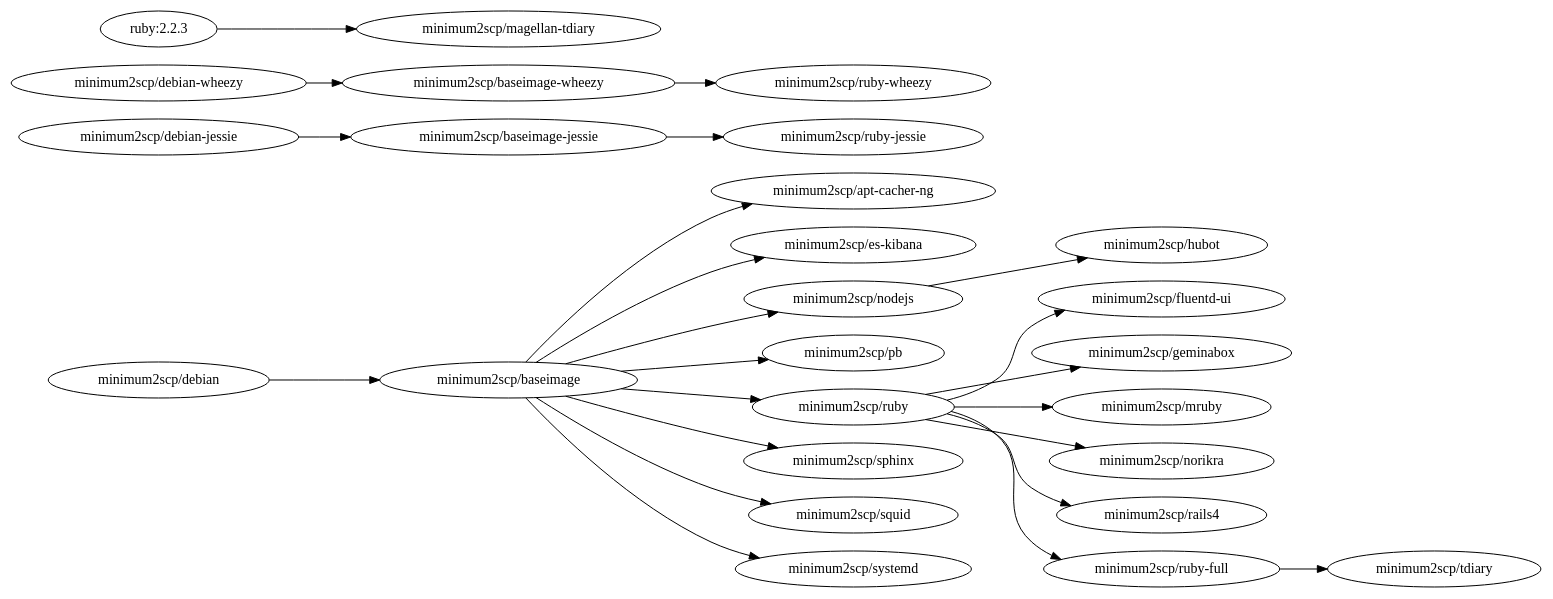
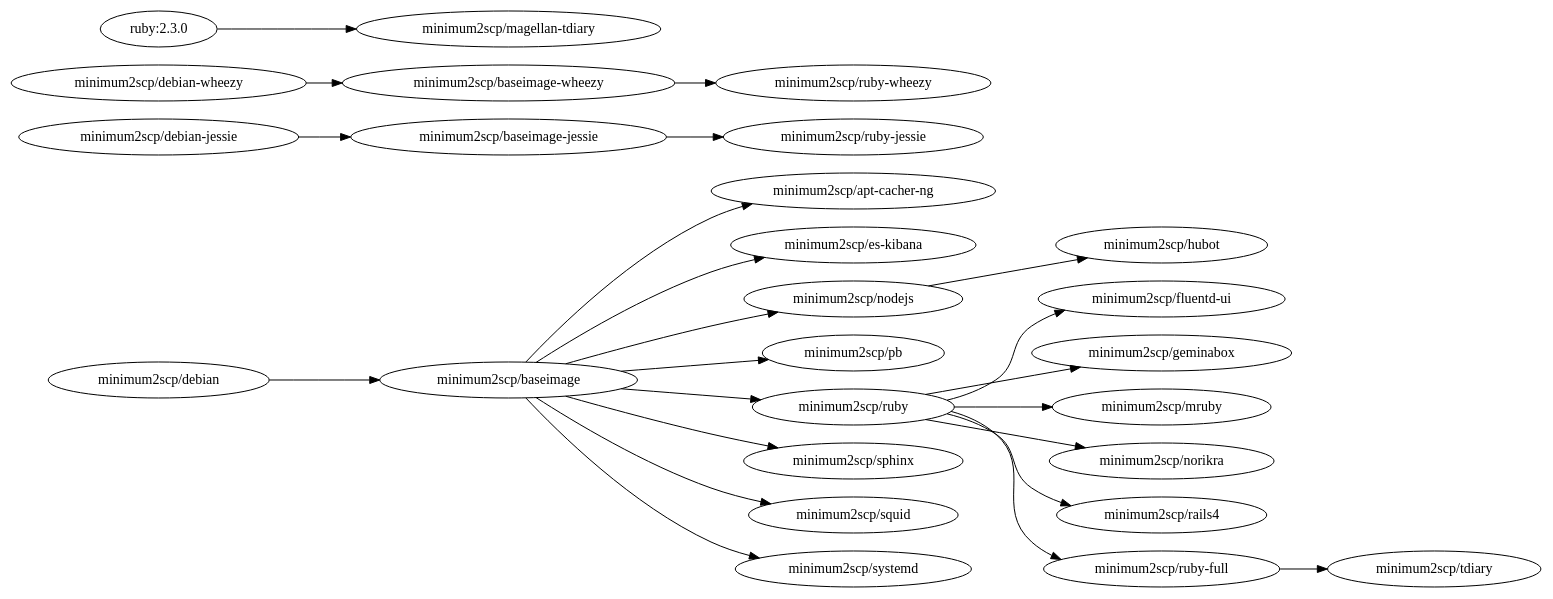
Before and after one commit to minimum2scp/dockerfiles: the diagram in deps.dot, drawn with Graphviz.

```diff
--- a/deps.dot
+++ b/deps.dot
@@ -1,47 +1,47 @@
 digraph deps {
   graph        [rankdir = "LR"];
   ratio = auto;
 
 
   acng              [label = "minimum2scp/apt-cacher-ng"];
   baseimage         [label = "minimum2scp/baseimage"];
   baseimage_jessie  [label = "minimum2scp/baseimage-jessie"];
   baseimage_wheezy  [label = "minimum2scp/baseimage-wheezy"];
   debian            [label = "minimum2scp/debian"];
   debian_jessie     [label = "minimum2scp/debian-jessie"];
   debian_wheezy     [label = "minimum2scp/debian-wheezy"];
   es_kibana         [label = "minimum2scp/es-kibana"];
   fluentd_ui        [label = "minimum2scp/fluentd-ui"];
   geminabox         [label = "minimum2scp/geminabox"];
   hubot             [label = "minimum2scp/hubot"];
   mruby             [label = "minimum2scp/mruby"];
   nodejs            [label = "minimum2scp/nodejs"];
   norikra           [label = "minimum2scp/norikra"];
   pb                [label = "minimum2scp/pb"];
   rails4            [label = "minimum2scp/rails4"];
   ruby              [label = "minimum2scp/ruby"];
   ruby_full         [label = "minimum2scp/ruby-full"];
   ruby_jessie       [label = "minimum2scp/ruby-jessie"];
   ruby_wheezy       [label = "minimum2scp/ruby-wheezy"];
   sphinx            [label = "minimum2scp/sphinx"];
   squid             [label = "minimum2scp/squid"];
   systemd           [label = "minimum2scp/systemd"];
   tdiary            [label = "minimum2scp/tdiary"];
 
   debian    -> baseimage;
   baseimage -> {acng, es_kibana, nodejs, pb, ruby, sphinx, squid, systemd};
   ruby      -> {fluentd_ui, geminabox, mruby, norikra, rails4, ruby_full};
   ruby_full -> {tdiary};
   nodejs    -> {hubot};
 
   debian_jessie    -> baseimage_jessie;
   baseimage_jessie -> ruby_jessie;
 
   debian_wheezy    -> baseimage_wheezy;
   baseimage_wheezy -> ruby_wheezy;
 
 
-  ruby_223         [label = "ruby:2.2.3"];
+  ruby_230         [label = "ruby:2.3.0"];
   magellan_tdiary  [label = "minimum2scp/magellan-tdiary"];
-  ruby_223 -> magellan_tdiary;
+  ruby_230 -> magellan_tdiary;
 }
```
